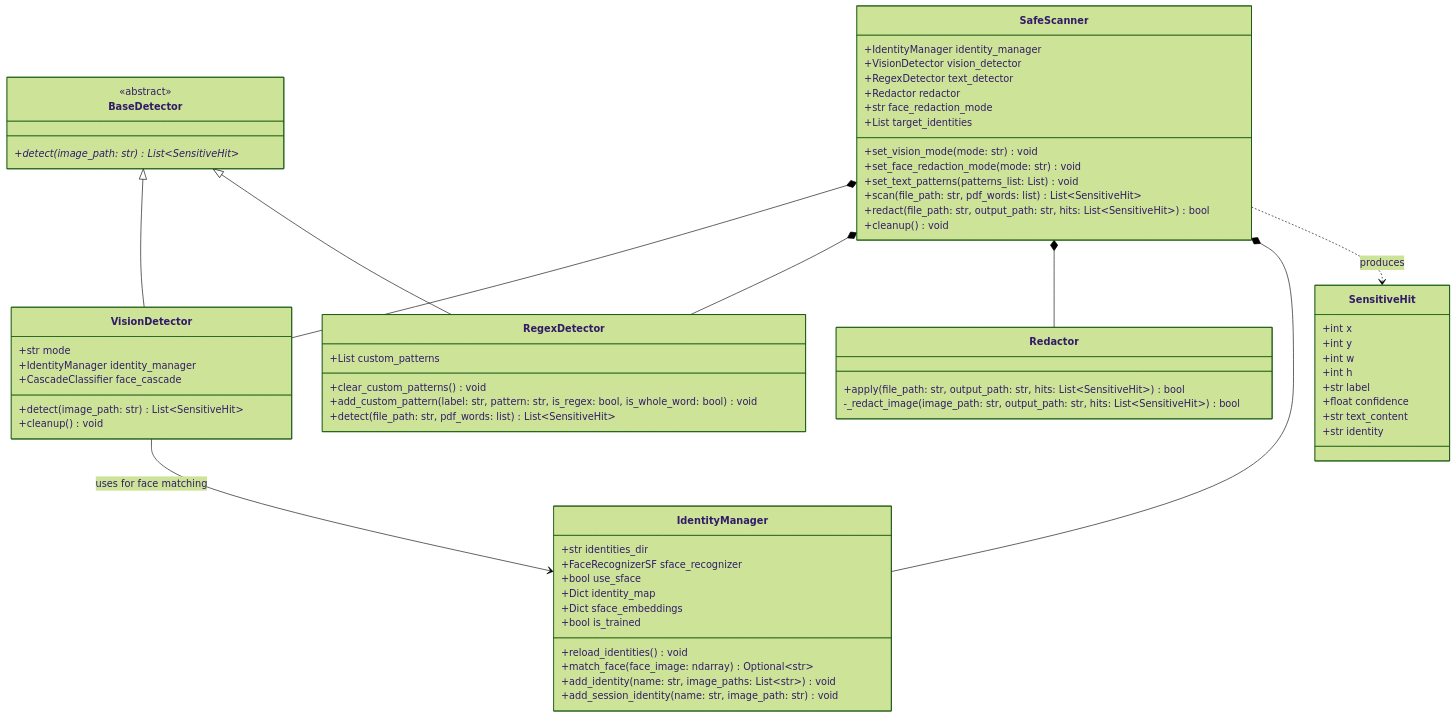
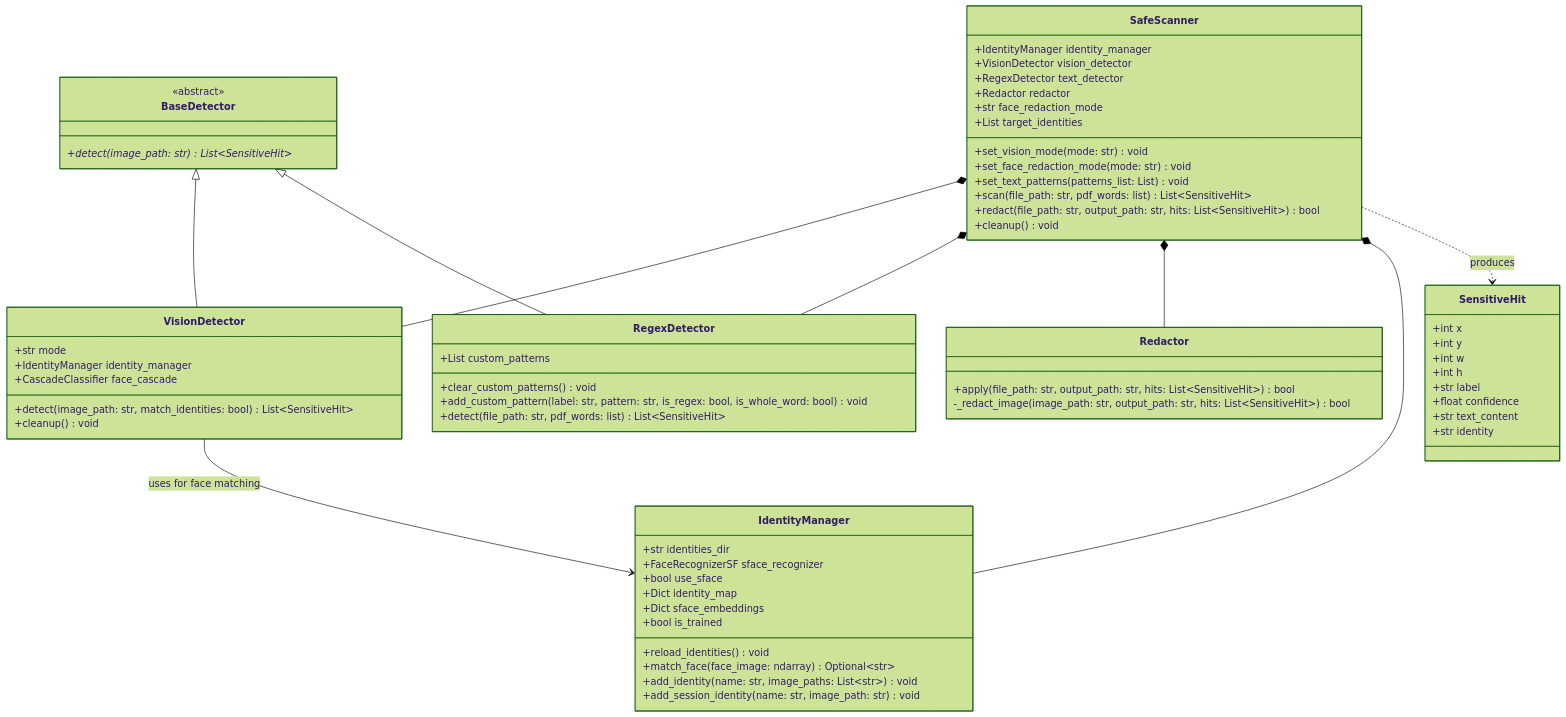
One commit to FurqanHun/SafeMARC changed the first of 3 diagrams in docs/architecture/uml_classes.md. Above: the diagram before and after it, drawn with Mermaid (forest theme). The commit also changed 1 other file, not shown here.

Commit message:
docs: update UML and workflows with biometric face matching bypass logic

````diff
--- a/docs/architecture/uml_classes.md
+++ b/docs/architecture/uml_classes.md
@@ -7,77 +7,77 @@
 ```mermaid
 classDiagram
     direction TB
     
     class BaseDetector {
         <<abstract>>
         +detect(image_path: str)* List~SensitiveHit~
     }
     
     class VisionDetector {
         +str mode
         +IdentityManager identity_manager
         +CascadeClassifier face_cascade
-        +detect(image_path: str) List~SensitiveHit~
+        +detect(image_path: str, match_identities: bool) List~SensitiveHit~
         +cleanup() void
     }
     
     class RegexDetector {
         +List custom_patterns
         +clear_custom_patterns() void
         +add_custom_pattern(label: str, pattern: str, is_regex: bool, is_whole_word: bool) void
         +detect(file_path: str, pdf_words: list) List~SensitiveHit~
     }
     
     class SafeScanner {
         +IdentityManager identity_manager
         +VisionDetector vision_detector
         +RegexDetector text_detector
         +Redactor redactor
         +str face_redaction_mode
         +List target_identities
         +set_vision_mode(mode: str) void
         +set_face_redaction_mode(mode: str) void
         +set_text_patterns(patterns_list: List) void
         +scan(file_path: str, pdf_words: list) List~SensitiveHit~
         +redact(file_path: str, output_path: str, hits: List~SensitiveHit~) bool
         +cleanup() void
     }
 
     class Redactor {
         +apply(file_path: str, output_path: str, hits: List~SensitiveHit~) bool
         -_redact_image(image_path: str, output_path: str, hits: List~SensitiveHit~) bool
     }
 
     class SensitiveHit {
         +int x
         +int y
         +int w
         +int h
         +str label
         +float confidence
         +str text_content
         +str identity
     }
 
     class IdentityManager {
         +str identities_dir
         +FaceRecognizerSF sface_recognizer
         +bool use_sface
         +Dict identity_map
         +Dict sface_embeddings
         +bool is_trained
         +reload_identities() void
         +match_face(face_image: ndarray) Optional~str~
         +add_identity(name: str, image_paths: List~str~) void
         +add_session_identity(name: str, image_path: str) void
     }
 
     BaseDetector <|-- VisionDetector
     BaseDetector <|-- RegexDetector
     SafeScanner *-- VisionDetector
     SafeScanner *-- RegexDetector
     SafeScanner *-- Redactor
     SafeScanner *-- IdentityManager
     VisionDetector --> IdentityManager : uses for face matching
     SafeScanner ..> SensitiveHit : produces
 ```
````
